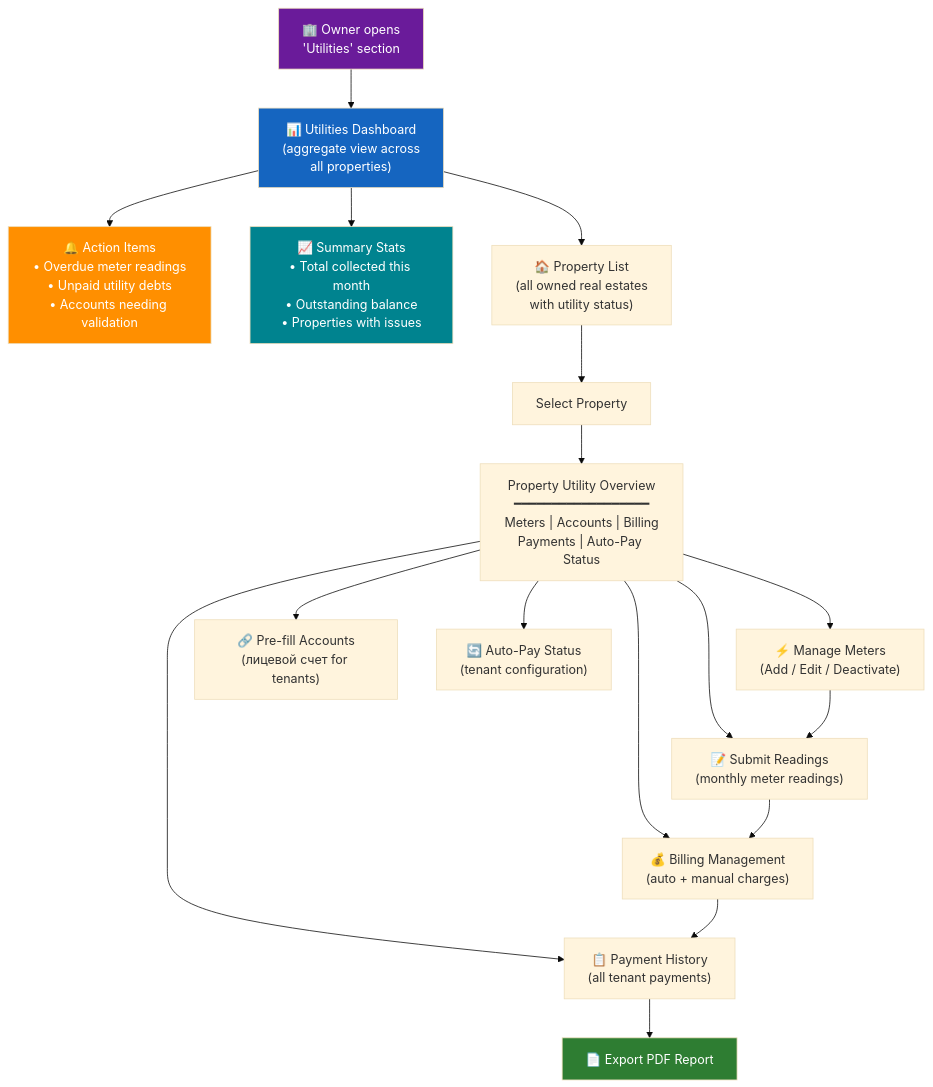
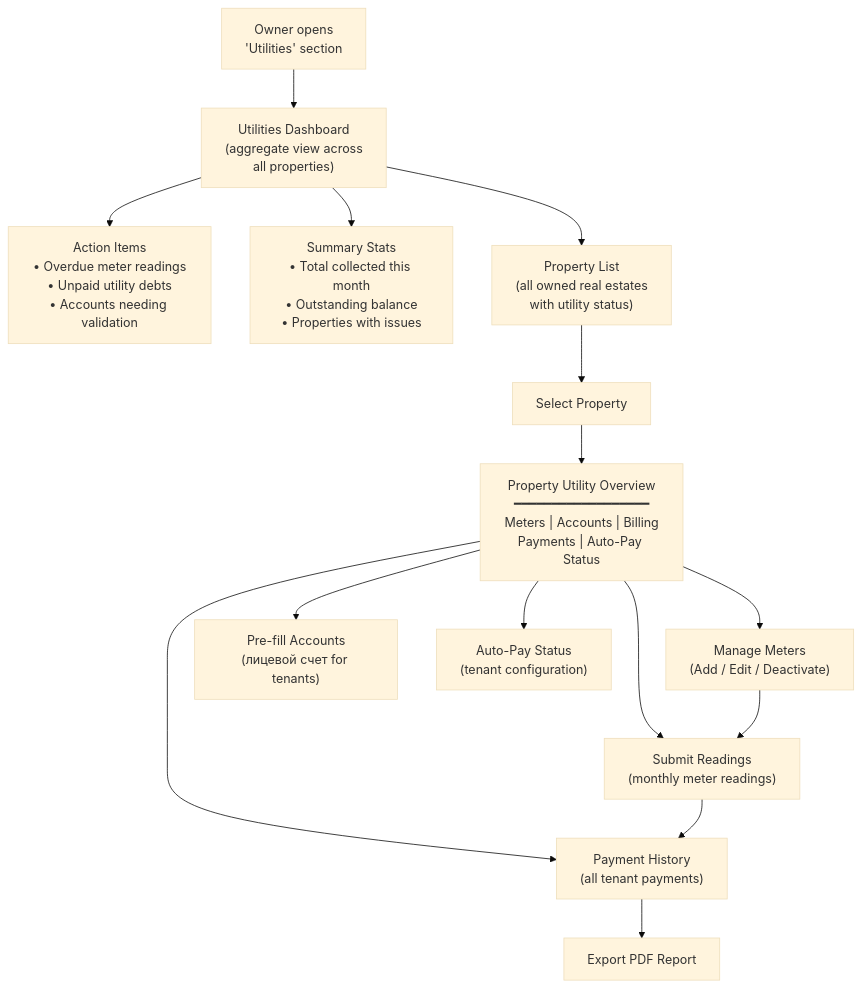
One commit to saodatm-dev/Utilities---Informational-Architecture changed the first of 11 diagrams in Utilities - Business Owner.md. Above: the diagram before and after it, drawn with Mermaid (base theme). The commit also changed other lines of this file, not shown here.

Commit message:
refactor: Streamline Mermaid diagrams by removing icons, styling, and the 'Billing Management' flow, while expanding utility account details and removing backend notes.

````diff
--- a/Utilities - Business Owner.md
+++ b/Utilities - Business Owner.md
@@ -28,31 +28,23 @@
 ```mermaid
 flowchart TD
-    START["🏢 Owner opens<br/>'Utilities' section"] --> DASHBOARD["📊 Utilities Dashboard<br/>(aggregate view across<br/>all properties)"]
+    START["Owner opens<br/>'Utilities' section"] --> DASHBOARD["Utilities Dashboard<br/>(aggregate view across<br/>all properties)"]
 
-    DASHBOARD --> ALERTS["🔔 Action Items<br/>• Overdue meter readings<br/>• Unpaid utility debts<br/>• Accounts needing validation"]
-    DASHBOARD --> STATS["📈 Summary Stats<br/>• Total collected this month<br/>• Outstanding balance<br/>• Properties with issues"]
-    DASHBOARD --> PROP_LIST["🏠 Property List<br/>(all owned real estates<br/>with utility status)"]
+    DASHBOARD --> ALERTS["Action Items<br/>• Overdue meter readings<br/>• Unpaid utility debts<br/>• Accounts needing validation"]
+    DASHBOARD --> STATS["Summary Stats<br/>• Total collected this month<br/>• Outstanding balance<br/>• Properties with issues"]
+    DASHBOARD --> PROP_LIST["Property List<br/>(all owned real estates<br/>with utility status)"]
 
     PROP_LIST --> SELECT_PROP["Select Property"]
 
     SELECT_PROP --> PROP_VIEW["Property Utility Overview<br/>━━━━━━━━━━━━━━━━━━<br/>Meters | Accounts | Billing<br/>Payments | Auto-Pay Status"]
 
-    PROP_VIEW --> METERS["⚡ Manage Meters<br/>(Add / Edit / Deactivate)"]
-    PROP_VIEW --> READINGS["📝 Submit Readings<br/>(monthly meter readings)"]
-    PROP_VIEW --> ACCOUNTS["🔗 Pre-fill Accounts<br/>(лицевой счет for tenants)"]
-    PROP_VIEW --> BILLING["💰 Billing Management<br/>(auto + manual charges)"]
-    PROP_VIEW --> PAYMENTS["📋 Payment History<br/>(all tenant payments)"]
-    PROP_VIEW --> AUTOPAY["🔄 Auto-Pay Status<br/>(tenant configuration)"]
+    PROP_VIEW --> METERS["Manage Meters<br/>(Add / Edit / Deactivate)"]
+    PROP_VIEW --> READINGS["Submit Readings<br/>(monthly meter readings)"]
+    PROP_VIEW --> ACCOUNTS["Pre-fill Accounts<br/>(лицевой счет for tenants)"]
+    PROP_VIEW --> PAYMENTS["Payment History<br/>(all tenant payments)"]
+    PROP_VIEW --> AUTOPAY["Auto-Pay Status<br/>(tenant configuration)"]
 
     METERS --> READINGS
-    READINGS --> BILLING
-    BILLING --> PAYMENTS
+    READINGS --> PAYMENTS
 
-    PAYMENTS --> EXPORT["📄 Export PDF Report"]
-
-    style START fill:#6A1B9A,color:#fff
-    style DASHBOARD fill:#1565C0,color:#fff
-    style ALERTS fill:#FF8F00,color:#fff
-    style STATS fill:#00838F,color:#fff
-    style EXPORT fill:#2E7D32,color:#fff
+    PAYMENTS --> EXPORT["Export PDF Report"]
 ```
````
